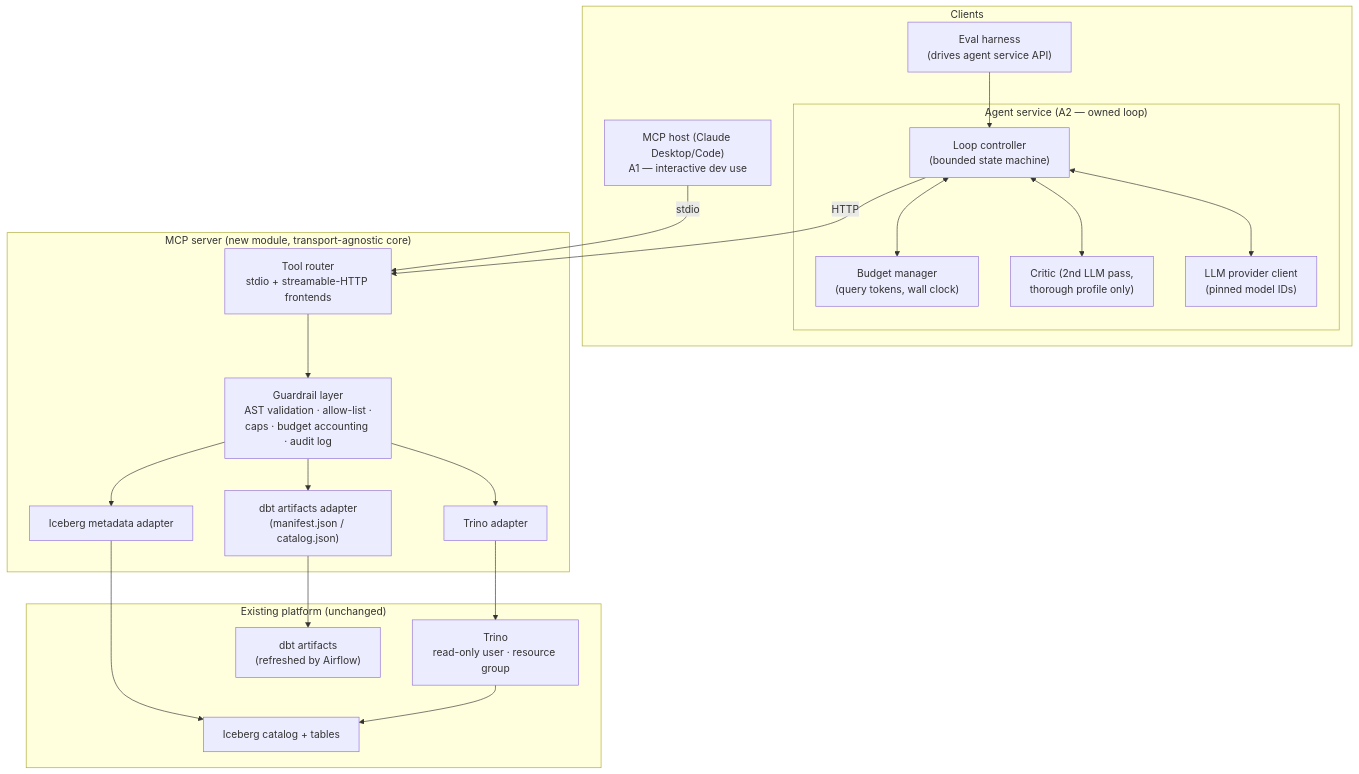
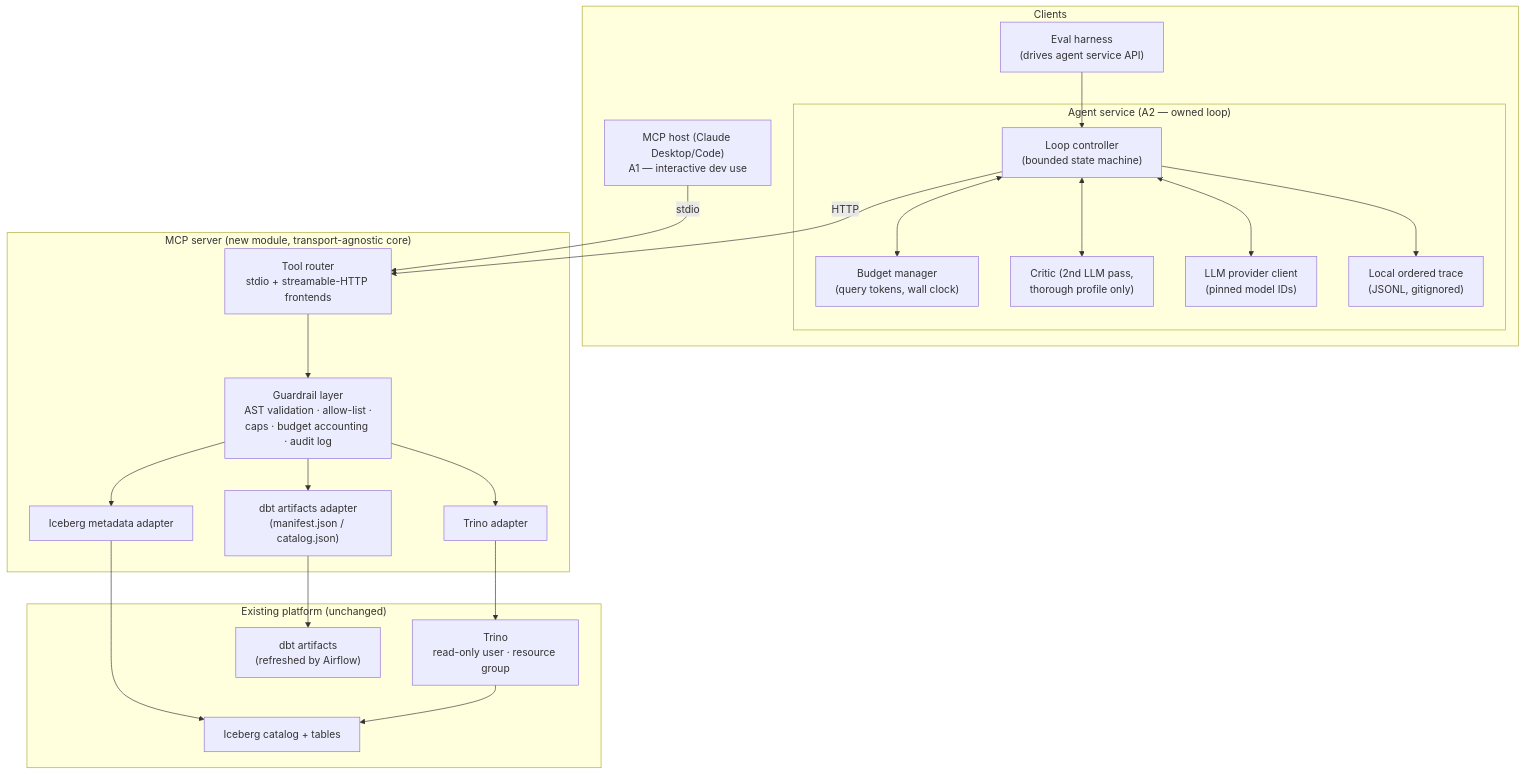
The first of 2 diagrams in docs/ai-agent-architecture.md (gekaluck/Data_eng_mvp), drawn with Mermaid before and after one commit. The commit also changed other lines of this file and 19 other files, not shown here.

````diff
--- a/docs/ai-agent-architecture.md
+++ b/docs/ai-agent-architecture.md
@@ -32,39 +32,41 @@
 ```mermaid
 flowchart TB
     subgraph Clients
         HOST["MCP host (Claude Desktop/Code)<br/>A1 — interactive dev use"]
         subgraph AGENT["Agent service (A2 — owned loop)"]
             LOOP["Loop controller<br/>(bounded state machine)"]
             BUDGET["Budget manager<br/>(query tokens, wall clock)"]
             CRITIC["Critic (2nd LLM pass,<br/>thorough profile only)"]
             LLMC["LLM provider client<br/>(pinned model IDs)"]
+            TRACE["Local ordered trace<br/>(JSONL, gitignored)"]
         end
         EVAL["Eval harness<br/>(drives agent service API)"]
     end
 
     subgraph MCPS["MCP server (new module, transport-agnostic core)"]
         ROUTER["Tool router<br/>stdio + streamable-HTTP frontends"]
         GUARD["Guardrail layer<br/>AST validation · allow-list ·<br/>caps · budget accounting · audit log"]
         TADP["Trino adapter"]
         IADP["Iceberg metadata adapter"]
         DADP["dbt artifacts adapter<br/>(manifest.json / catalog.json)"]
     end
 
     subgraph Platform["Existing platform (unchanged)"]
         TRINO["Trino<br/>read-only user · resource group"]
         ICE["Iceberg catalog + tables"]
         DBT["dbt artifacts<br/>(refreshed by Airflow)"]
     end
 
     HOST -- stdio --> ROUTER
     LOOP -- HTTP --> ROUTER
     EVAL --> LOOP
     LOOP <--> LLMC
     LOOP <--> CRITIC
     LOOP <--> BUDGET
+    LOOP --> TRACE
     ROUTER --> GUARD
     GUARD --> TADP --> TRINO
     GUARD --> IADP --> ICE
     GUARD --> DADP --> DBT
     TRINO --> ICE
 ```
````
